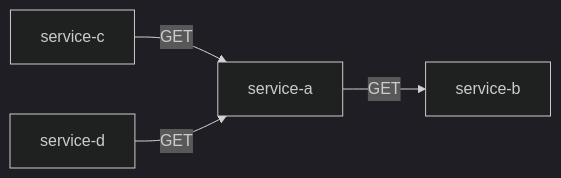
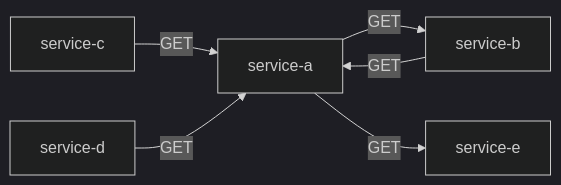
One commit to lokesh0507/First_project changed the diagram in output/deps.md. Above: the diagram before and after it, drawn with Mermaid (dark theme). The commit also changed 6 other files, not shown here.

````diff
--- a/output/deps.md
+++ b/output/deps.md
@@ -1,6 +1,8 @@
 ```mermaid
 graph LR
   service-a -->|GET| service-b
+  service-a -->|GET| service-e
+  service-b -->|GET| service-a
   service-c -->|GET| service-a
   service-d -->|GET| service-a
 ```
````
